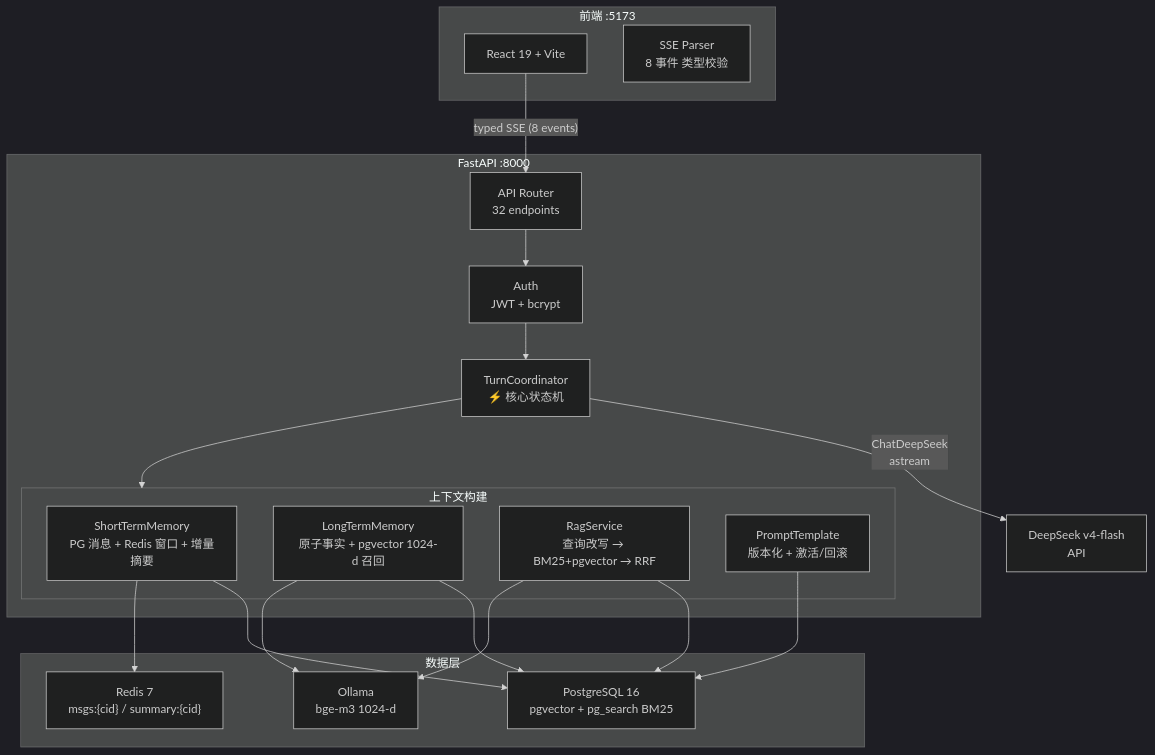
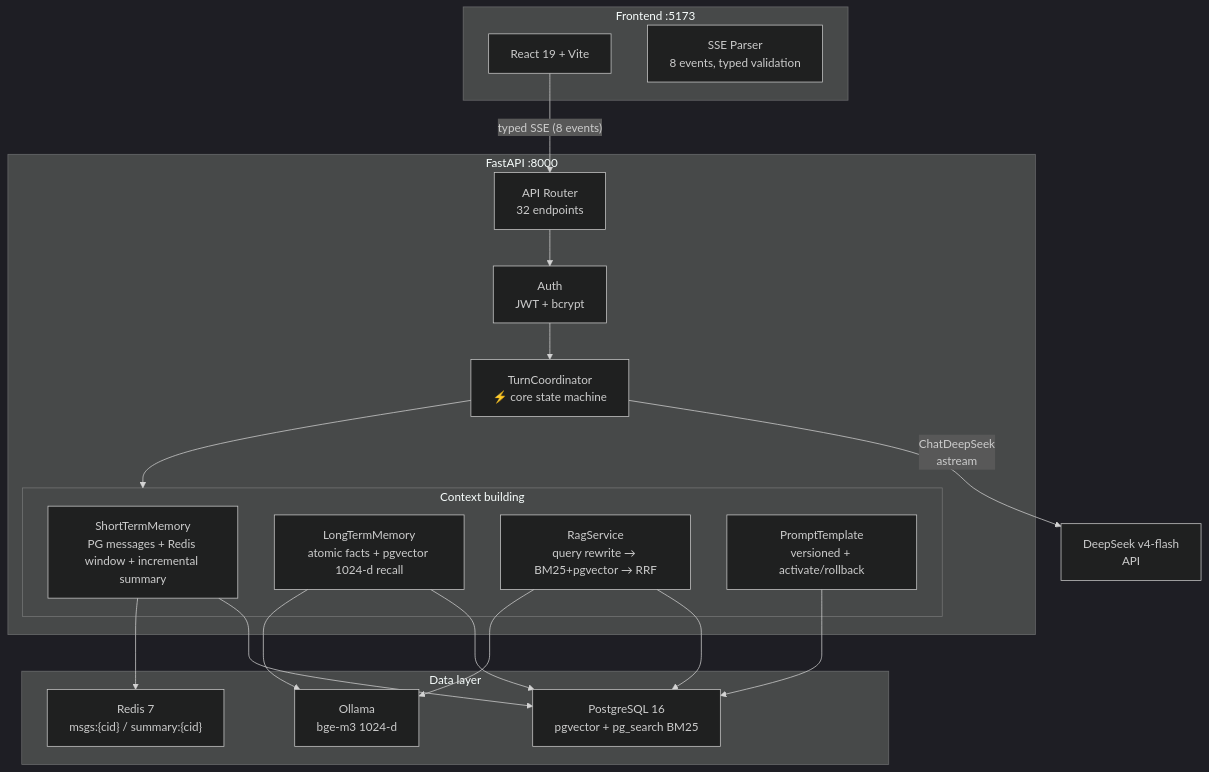
One commit to KevinDeng-0411/AI-CodeReviewCenter changed the diagram in README.md. Above: the diagram before and after it, drawn with Mermaid (dark theme). The commit also changed other lines of this file and 1 other file, not shown here.

````diff
--- a/README.md
+++ b/README.md
@@ -114,39 +118,39 @@
 ```mermaid
 graph TB
-    subgraph Frontend["前端 :5173"]
+    subgraph Frontend["Frontend :5173"]
         React["React 19 + Vite"]
-        SSE["SSE Parser<br/>8 事件 类型校验"]
+        SSE["SSE Parser<br/>8 events, typed validation"]
     end
 
     subgraph Backend["FastAPI :8000"]
         Router["API Router<br/>32 endpoints"]
         Auth["Auth<br/>JWT + bcrypt"]
-        TC["TurnCoordinator<br/>⚡ 核心状态机"]
+        TC["TurnCoordinator<br/>⚡ core state machine"]
 
-        subgraph Context["上下文构建"]
-            STM["ShortTermMemory<br/>PG 消息 + Redis 窗口 + 增量摘要"]
-            LTM["LongTermMemory<br/>原子事实 + pgvector 1024-d 召回"]
-            RAG["RagService<br/>查询改写 → BM25+pgvector → RRF"]
-            PT["PromptTemplate<br/>版本化 + 激活/回滚"]
+        subgraph Context["Context building"]
+            STM["ShortTermMemory<br/>PG messages + Redis window + incremental summary"]
+            LTM["LongTermMemory<br/>atomic facts + pgvector 1024-d recall"]
+            RAG["RagService<br/>query rewrite → BM25+pgvector → RRF"]
+            PT["PromptTemplate<br/>versioned + activate/rollback"]
         end
     end
 
-    subgraph Data["数据层"]
+    subgraph Data["Data layer"]
         PG["PostgreSQL 16<br/>pgvector + pg_search BM25"]
         Redis["Redis 7<br/>msgs:{cid} / summary:{cid}"]
         Ollama["Ollama<br/>bge-m3 1024-d"]
     end
 
     React -->|"typed SSE (8 events)"| Router
     Router --> Auth
     Auth --> TC
     TC --> Context
     STM --> PG
     STM --> Redis
     LTM --> PG
     LTM --> Ollama
     RAG --> PG
     RAG --> Ollama
     PT --> PG
     TC -->|"ChatDeepSeek<br/>astream"| DS["DeepSeek v4-flash<br/>API"]
 ```
````
